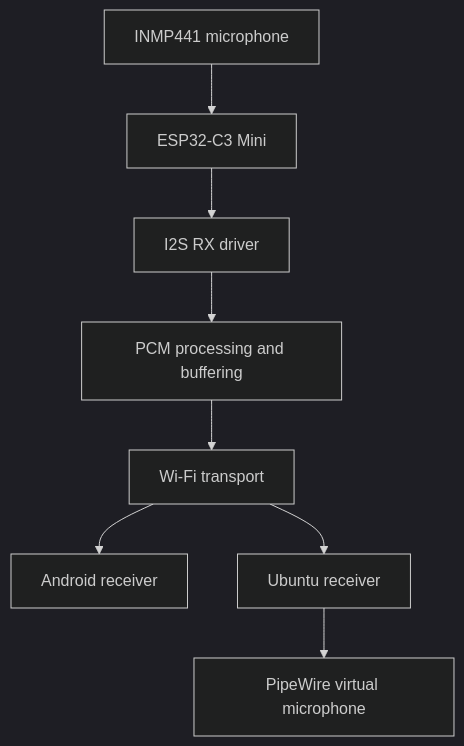
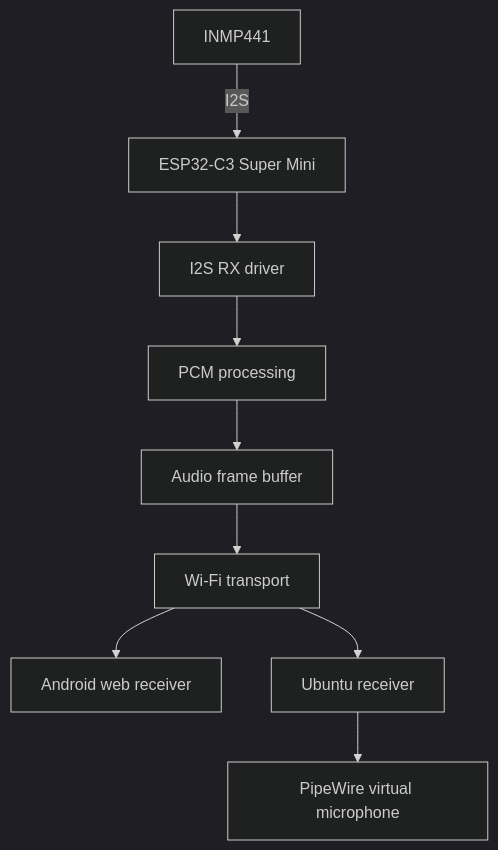
One commit to pojge2005/DIY-Mic changed the second of 4 diagrams in docs/ARCHITECTURE.md. Above: the diagram before and after it, drawn with Mermaid (dark theme). The commit also changed other lines of this file, not shown here.

Commit message:
docs: document Wi-Fi, BLE and low-power audio architecture

````diff
--- a/docs/ARCHITECTURE.md
+++ b/docs/ARCHITECTURE.md
@@ -45,10 +43,11 @@
 ```mermaid
 flowchart TD
-    A[INMP441 microphone] --> B[ESP32-C3 Mini]
+    A[INMP441] -->|I2S| B[ESP32-C3 Super Mini]
     B --> C[I2S RX driver]
-    C --> D[PCM processing and buffering]
-    D --> E[Wi-Fi transport]
-    E --> F[Android receiver]
-    E --> G[Ubuntu receiver]
-    G --> H[PipeWire virtual microphone]
+    C --> D[PCM processing]
+    D --> E[Audio frame buffer]
+    E --> F[Wi-Fi transport]
+    F --> G[Android web receiver]
+    F --> H[Ubuntu receiver]
+    H --> I[PipeWire virtual microphone]
 ```
````
